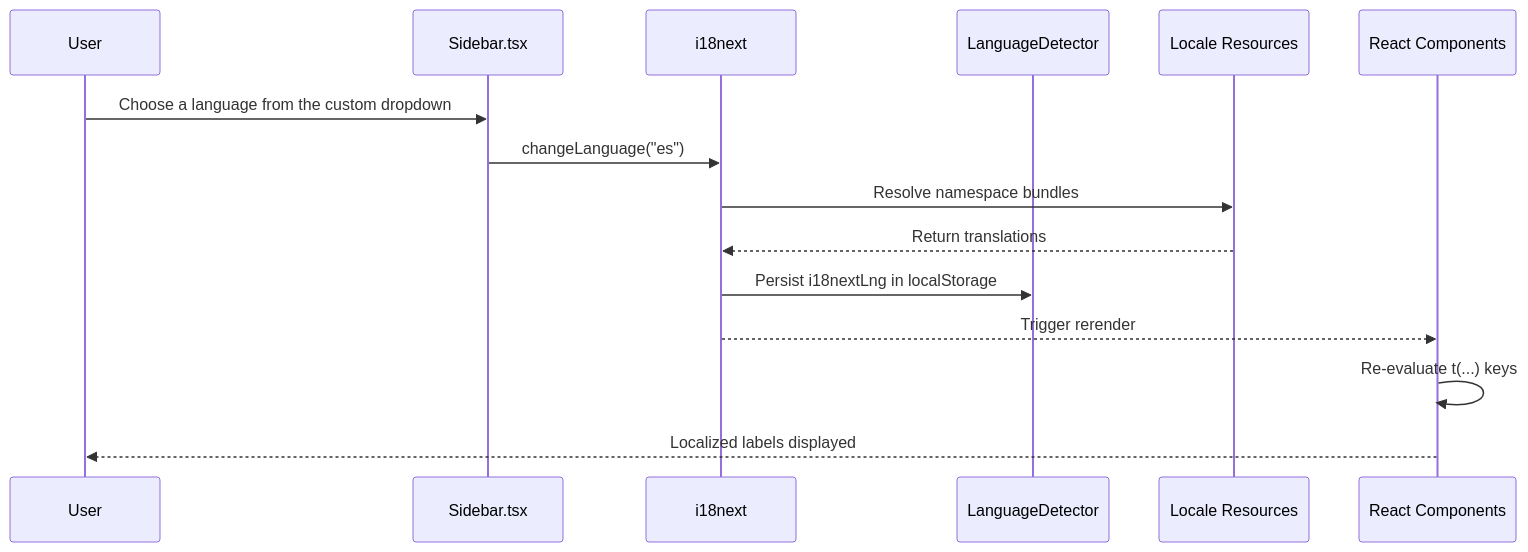
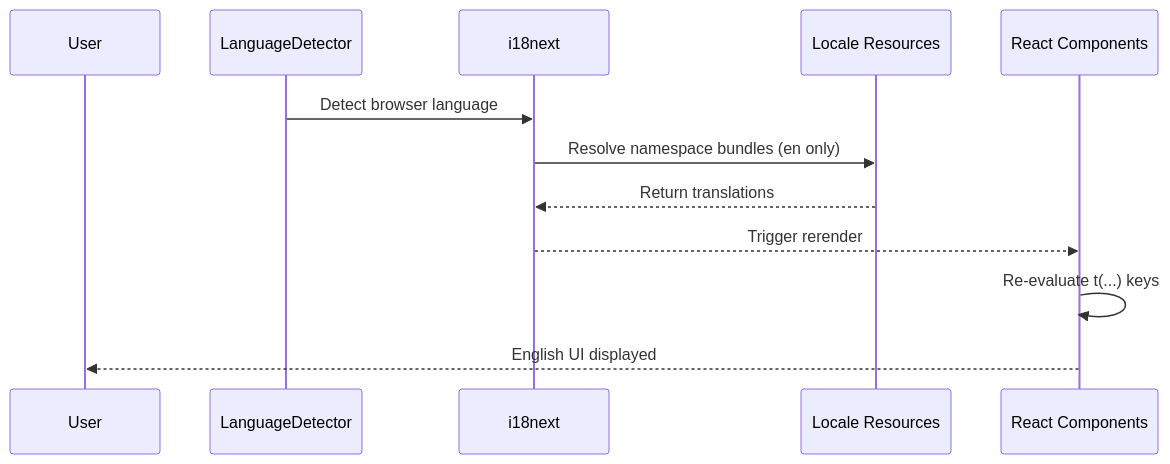
Before and after one commit to buluma/Code-Agent-Monitor: the fourth of 6 diagrams in docs/I18N.md, drawn with Mermaid. The commit also changed other lines of this file and 71 other files, not shown here.

First line of the commit message:
Remove non-English locale support, keep English only

````diff
--- a/docs/I18N.md
+++ b/docs/I18N.md
@@ -175,18 +172,15 @@
 ```mermaid
 sequenceDiagram
     participant U as User
-    participant SB as Sidebar.tsx
+    participant LD as LanguageDetector
     participant I as i18next
-    participant LD as LanguageDetector
     participant NS as Locale Resources
     participant UI as React Components
 
-    U->>SB: Choose a language from the custom dropdown
-    SB->>I: changeLanguage("es")
-    I->>NS: Resolve namespace bundles
+    LD->>I: Detect browser language
+    I->>NS: Resolve namespace bundles (en only)
     NS-->>I: Return translations
-    I->>LD: Persist i18nextLng in localStorage
     I-->>UI: Trigger rerender
     UI->>UI: Re-evaluate t(...) keys
-    UI-->>U: Localized labels displayed
+    UI-->>U: English UI displayed
 ```
````
